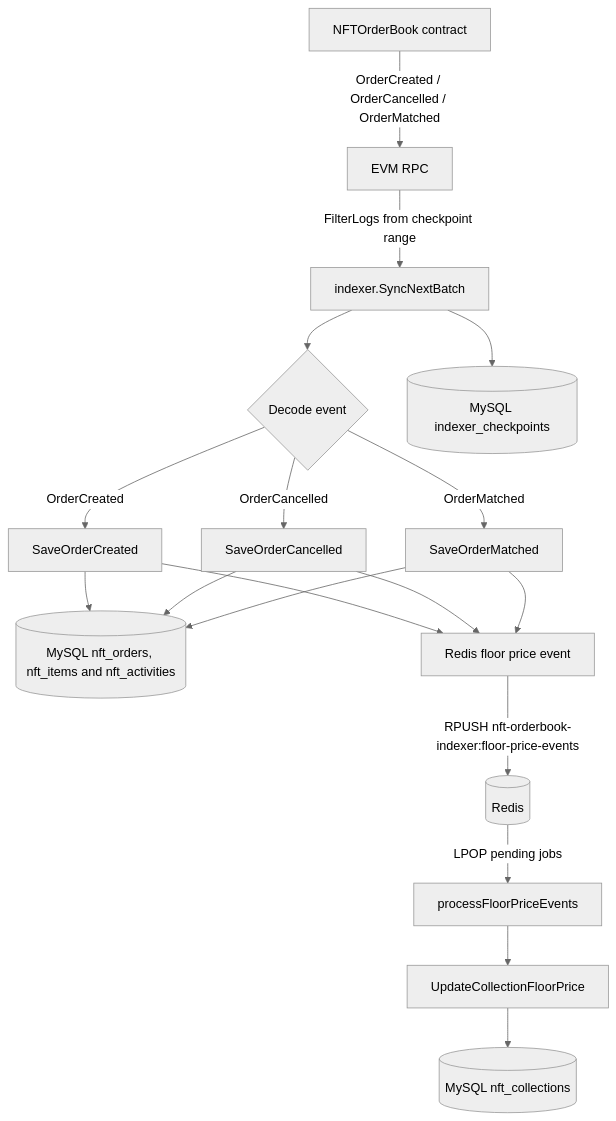
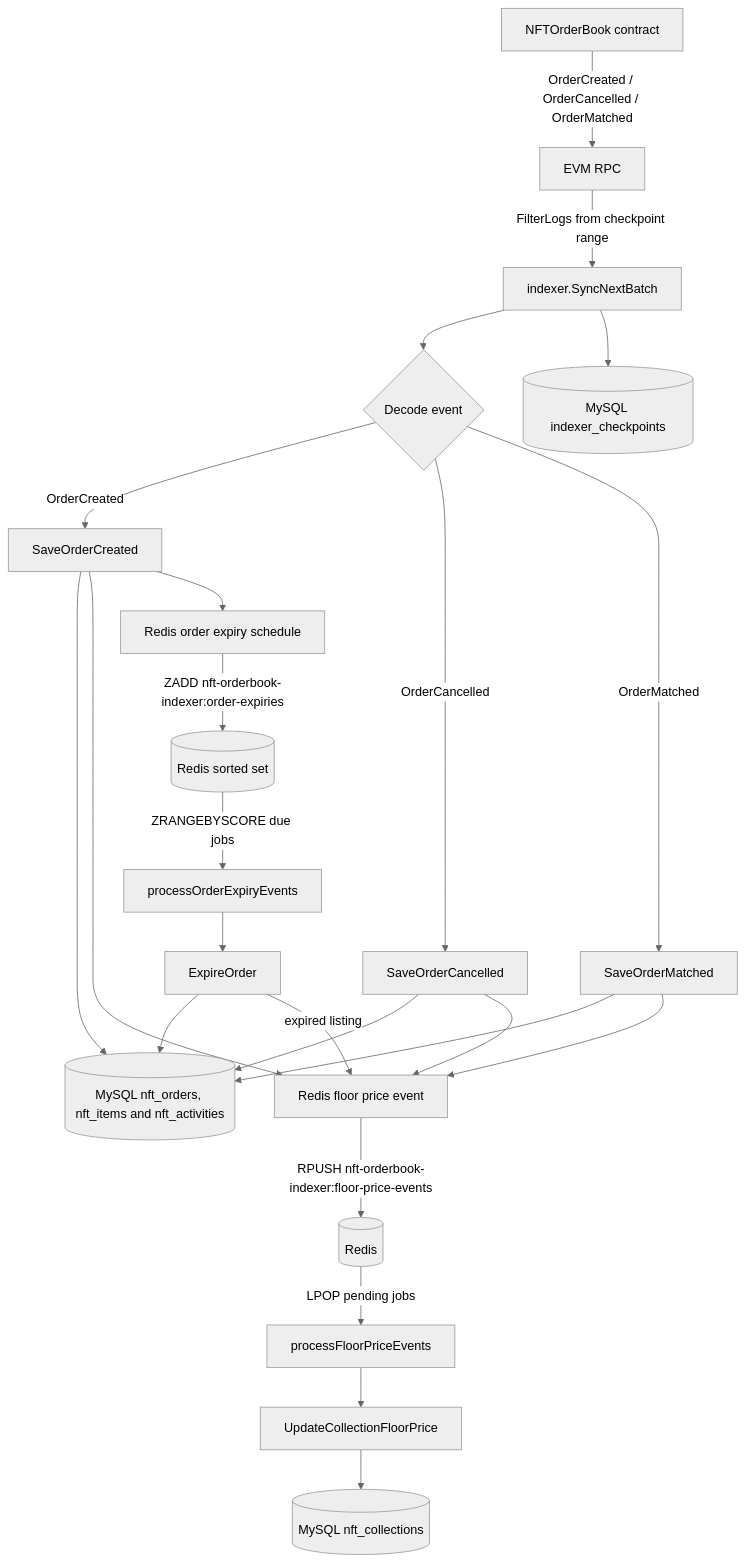
Before and after one commit to LiamZhuangDev/nft-marketplace: the first of 2 diagrams in NFTOrderBookIndexer/README.md, drawn with Mermaid (neutral theme). The commit also changed other lines of this file and 6 other files, not shown here.

Commit message:
milestone 9: order expiry worker

````diff
--- a/NFTOrderBookIndexer/README.md
+++ b/NFTOrderBookIndexer/README.md
@@ -41,26 +41,34 @@
 ```mermaid
 flowchart TD
     A[NFTOrderBook contract] -->|OrderCreated / OrderCancelled / OrderMatched| B[EVM RPC]
     B -->|FilterLogs from checkpoint range| C[indexer.SyncNextBatch]
 
     C --> D{Decode event}
 
     D -->|OrderCreated| E[SaveOrderCreated]
     D -->|OrderCancelled| F[SaveOrderCancelled]
     D -->|OrderMatched| G[SaveOrderMatched]
 
     E --> H[(MySQL nft_orders, nft_items and nft_activities)]
     F --> H
     G --> H
 
     E --> I[Redis floor price event]
     F --> I
     G --> I
 
+    E --> Q[Redis order expiry schedule]
+
     I -->|RPUSH nft-orderbook-indexer:floor-price-events| L[(Redis)]
     L -->|LPOP pending jobs| M[processFloorPriceEvents]
     M --> N[UpdateCollectionFloorPrice]
     N --> O[(MySQL nft_collections)]
 
+    Q -->|ZADD nft-orderbook-indexer:order-expiries| R[(Redis sorted set)]
+    R -->|ZRANGEBYSCORE due jobs| S[processOrderExpiryEvents]
+    S --> T[ExpireOrder]
+    T --> H
+    T -->|expired listing| I
+
     C --> P[(MySQL indexer_checkpoints)]
 ```
````
